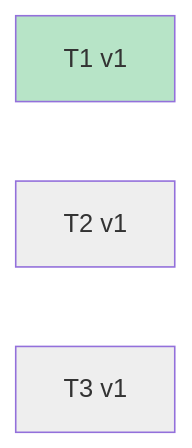
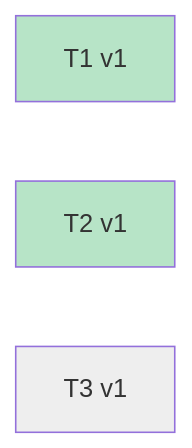
One commit to Curry09/AHE-Beta changed diagram 43 of 43 in docs/specs/OVERVIEW.md. Above: the diagram before and after it, drawn with Mermaid. The commit also changed other lines of this file and 2 other files, not shown here.

Commit message:
feat(run): git 凭证隔离 + 编排仓绊线接入（spec 0021/T2）
- main() 早段 GIT_SSH_COMMAND=false（setdefault）+ GIT_TERMINAL_PROMPT=0：
  掐断本进程及子进程的 ssh 推送（GitHub git@… 即 dev 逃逸的落地信道）与
  HTTPS 交互凭证；Gitea HTTP token origin 与本地无传输 git 不受影响
- 构造 developers 后 snapshot_repo(ROOT) 作基线，integrity_guard 注入
  Orchestrator，每轮 b 段后校验编排仓未被触碰
- 核验 data/ 已 gitignore，运行时 session/live/harness 写入不触发绊线误报

````diff
--- a/docs/specs/OVERVIEW.md
+++ b/docs/specs/OVERVIEW.md
@@ -926,11 +926,11 @@
 ```mermaid
 graph LR
     v_T1_1["T1 v1"]
     v_T2_1["T2 v1"]
     v_T3_1["T3 v1"]
     classDef st_done fill:#b7e4c7;
     classDef st_pending fill:#eeeeee;
     class v_T1_1 st_done;
-    class v_T2_1 st_pending;
+    class v_T2_1 st_done;
     class v_T3_1 st_pending;
 ```
````
